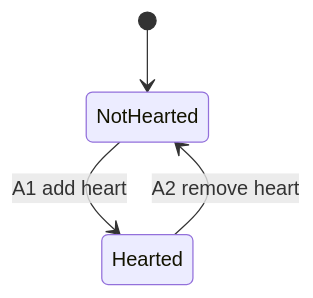
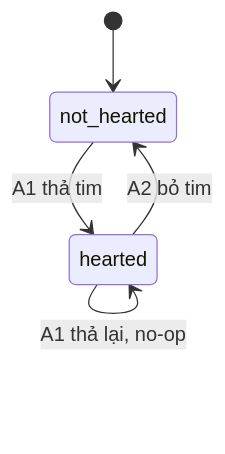
Before and after one commit to hailv-3571/agentic-coding-hands-on: the fourth of 4 diagrams in docs/features/F005_KudosHearts/technical-spec.md, drawn with Mermaid. The commit also changed other lines of this file and 250 other files, not shown here.

````diff
--- a/docs/features/F005_KudosHearts/technical-spec.md
+++ b/docs/features/F005_KudosHearts/technical-spec.md
@@ -213,6 +344,7 @@
 ```mermaid
 stateDiagram-v2
-    [*] --> NotHearted
-    NotHearted --> Hearted : A1 add heart
-    Hearted --> NotHearted : A2 remove heart
+    [*] --> not_hearted
+    not_hearted --> hearted : A1 thả tim
+    hearted --> not_hearted : A2 bỏ tim
+    hearted --> hearted : A1 thả lại, no-op
 ```
````
